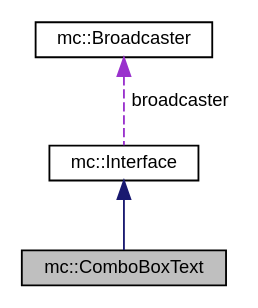
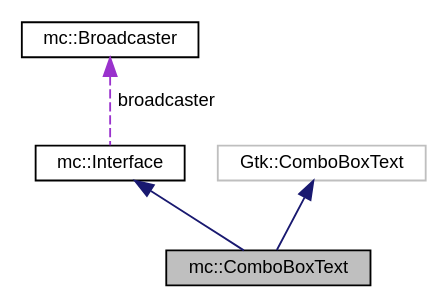
Before and after one commit to mjhouse/mcalc: the diagram in docs/classmc_1_1ComboBoxText__coll__graph.dot, drawn with Graphviz. The commit also changed 54 other files, not shown here.

```diff
--- a/docs/classmc_1_1ComboBoxText__coll__graph.dot
+++ b/docs/classmc_1_1ComboBoxText__coll__graph.dot
@@ -1,10 +1,12 @@
 digraph "mc::ComboBoxText"
 {
   edge [fontname="Helvetica",fontsize="10",labelfontname="Helvetica",labelfontsize="10"];
   node [fontname="Helvetica",fontsize="10",shape=record];
   Node1 [label="mc::ComboBoxText",height=0.2,width=0.4,color="black", fillcolor="grey75", style="filled", fontcolor="black"];
   Node2 -> Node1 [dir="back",color="midnightblue",fontsize="10",style="solid",fontname="Helvetica"];
   Node2 [label="mc::Interface",height=0.2,width=0.4,color="black", fillcolor="white", style="filled",URL="$classmc_1_1Interface.html"];
   Node3 -> Node2 [dir="back",color="darkorchid3",fontsize="10",style="dashed",label=" broadcaster" ,fontname="Helvetica"];
   Node3 [label="mc::Broadcaster",height=0.2,width=0.4,color="black", fillcolor="white", style="filled",URL="$classmc_1_1Broadcaster.html"];
+  Node4 -> Node1 [dir="back",color="midnightblue",fontsize="10",style="solid",fontname="Helvetica"];
+  Node4 [label="Gtk::ComboBoxText",height=0.2,width=0.4,color="grey75", fillcolor="white", style="filled"];
 }
```
